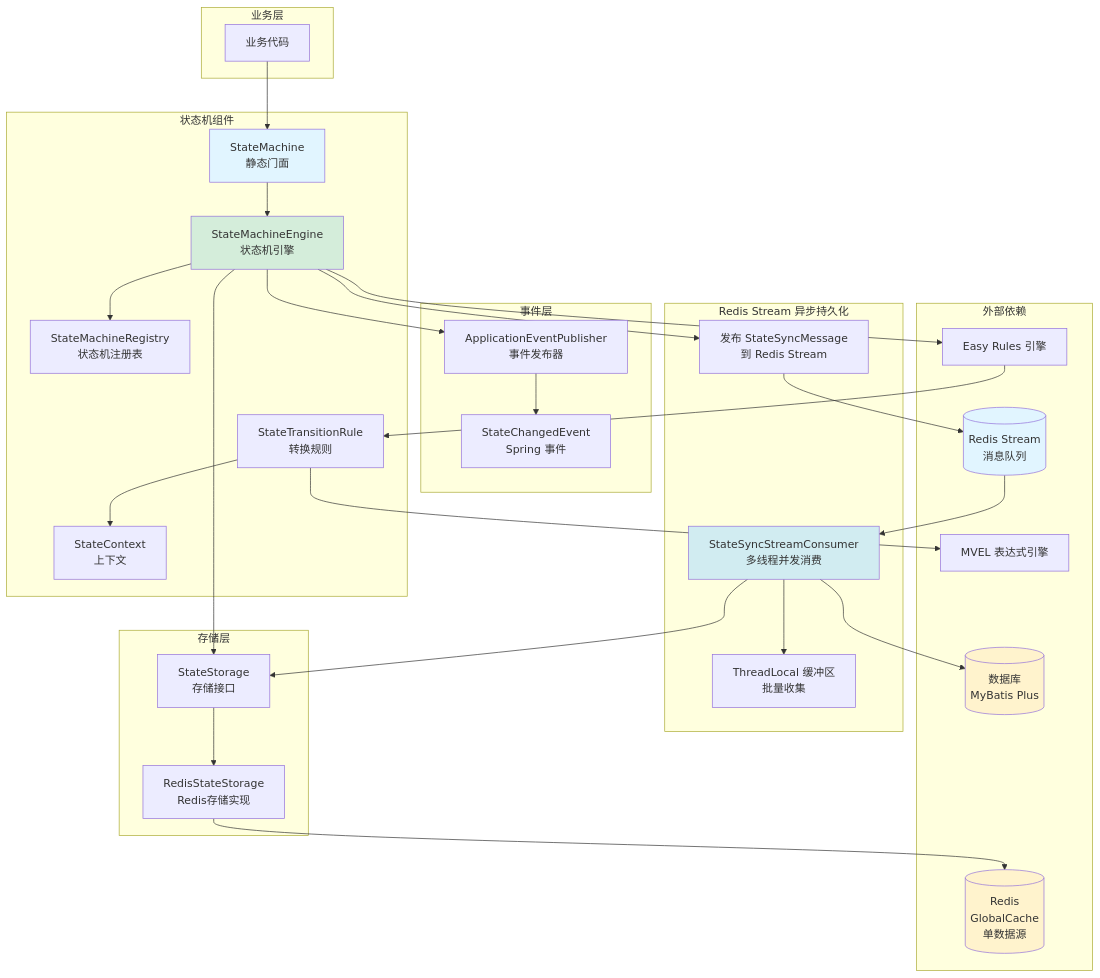
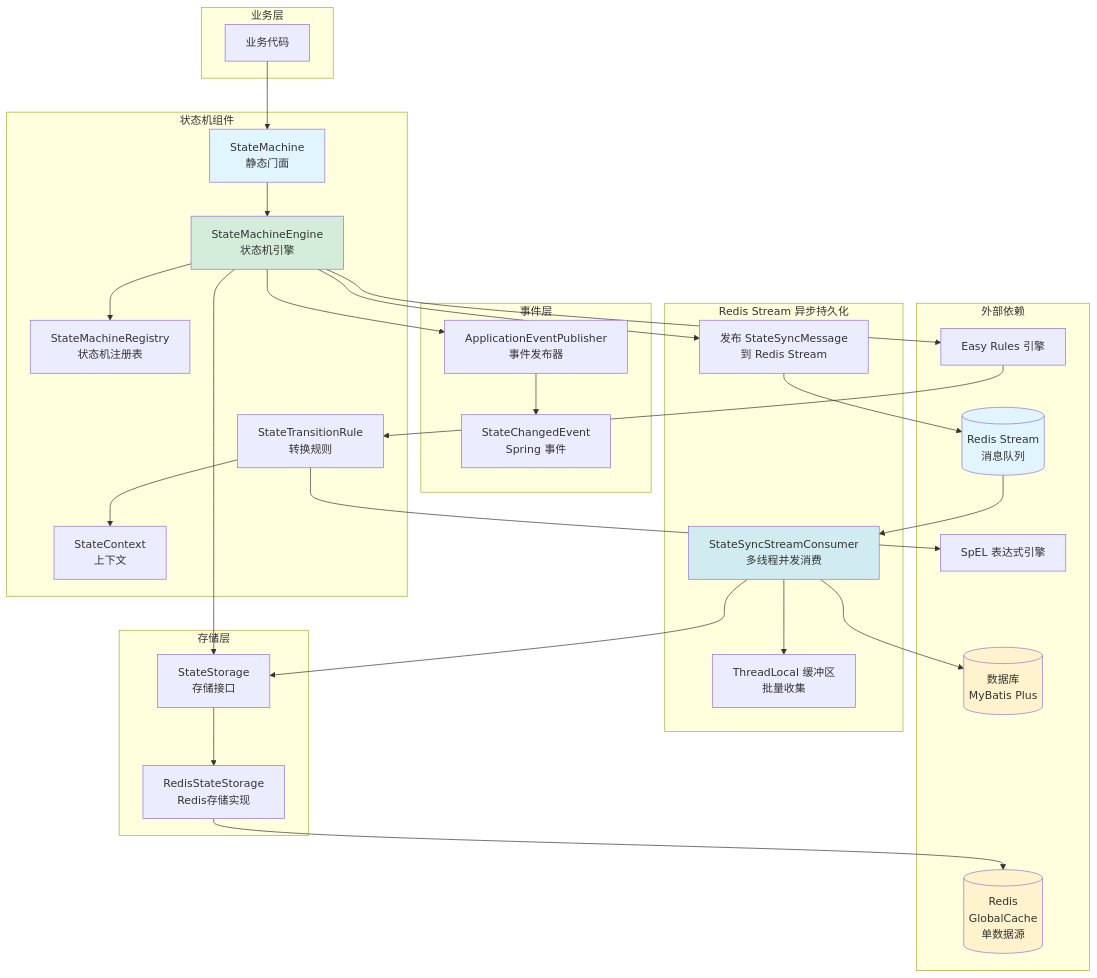
One commit to richie696/atlas-richie-platform changed the sixth of 6 diagrams in atlas-richie-component/atlas-richie-component-statemachine/docs/状态机流程图.md. Above: the diagram before and after it, drawn with Mermaid. The commit also changed other lines of this file and 4 other files, not shown here.

````diff
--- a/atlas-richie-component/atlas-richie-component-statemachine/docs/状态机流程图.md
+++ b/atlas-richie-component/atlas-richie-component-statemachine/docs/状态机流程图.md
@@ -266,67 +266,67 @@
 ```mermaid
 graph TB
     subgraph 业务层
         Biz[业务代码]
     end
     
     subgraph 状态机组件
         SM[StateMachine<br/>静态门面]
         Engine[StateMachineEngine<br/>状态机引擎]
         Registry[StateMachineRegistry<br/>状态机注册表]
         Rule[StateTransitionRule<br/>转换规则]
         Context[StateContext<br/>上下文]
     end
     
     subgraph 存储层
         Storage[StateStorage<br/>存储接口]
         RedisStorage[RedisStateStorage<br/>Redis存储实现]
     end
     
     subgraph 事件层
         Event[StateChangedEvent<br/>Spring 事件]
         EventPub[ApplicationEventPublisher<br/>事件发布器]
     end
     
     subgraph Redis Stream 异步持久化
         StreamPub[发布 StateSyncMessage<br/>到 Redis Stream]
         StreamConsumer[StateSyncStreamConsumer<br/>多线程并发消费]
         BatchBuffer[ThreadLocal 缓冲区<br/>批量收集]
     end
     
     subgraph 外部依赖
         Redis[(Redis<br/>GlobalCache<br/>单数据源)]
         Stream[(Redis Stream<br/>消息队列)]
         DB[(数据库<br/>MyBatis Plus)]
-        MVEL[MVEL 表达式引擎]
+        SpEL[SpEL 表达式引擎]
         RulesEngine[Easy Rules 引擎]
     end
     
     Biz --> SM
     SM --> Engine
     Engine --> Registry
     Engine --> Storage
     Engine --> EventPub
     Engine --> RulesEngine
     Engine --> StreamPub
     RulesEngine --> Rule
-    Rule --> MVEL
+    Rule --> SpEL
     Rule --> Context
     
     Storage --> RedisStorage
     RedisStorage --> Redis
     
     EventPub --> Event
     
     StreamPub --> Stream
     Stream --> StreamConsumer
     StreamConsumer --> BatchBuffer
     StreamConsumer --> Storage
     StreamConsumer --> DB
     
     style SM fill:#e1f5ff
     style Engine fill:#d4edda
     style Redis fill:#fff3cd
     style Stream fill:#e1f5ff
     style StreamConsumer fill:#d1ecf1
     style DB fill:#fff3cd
 ```
````
